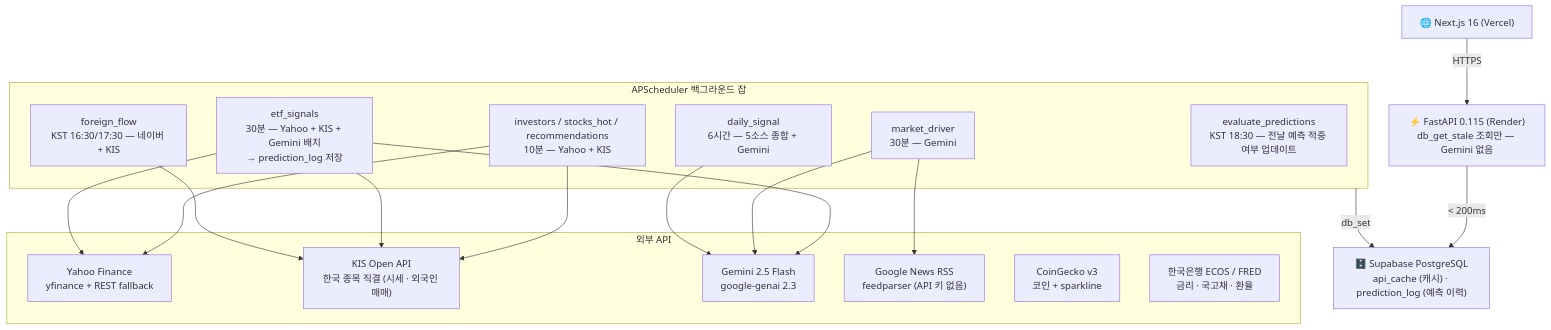
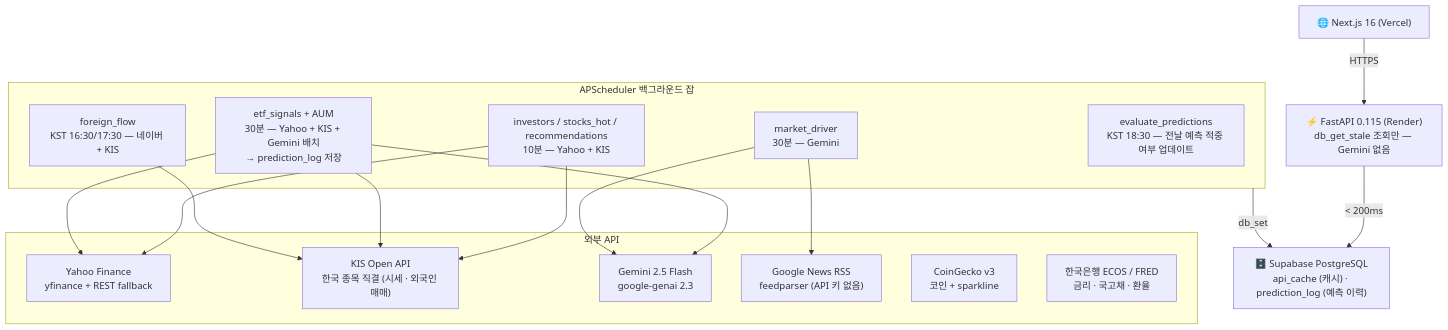
Before and after one commit to forexms78/war-investment-agent: the fourth of 6 diagrams in README.md, drawn with Mermaid. The commit also changed other lines of this file and 2 other files, not shown here.

First line of the commit message:
fix: Yahoo v10/v7 API 401 → yfinance 전환 + README v3.5 업데이트

````diff
--- a/README.md
+++ b/README.md
@@ -216,33 +182,31 @@
 ```mermaid
 flowchart TD
     FE["🌐 Next.js 16 (Vercel)"]
     BE["⚡ FastAPI 0.115 (Render)\ndb_get_stale 조회만 — Gemini 없음"]
     DB["🗄️ Supabase PostgreSQL\napi_cache (캐시) · prediction_log (예측 이력)"]
 
     subgraph Scheduler["APScheduler 백그라운드 잡"]
         S1["investors / stocks_hot / recommendations\n10분 — Yahoo + KIS"]
-        S2["etf_signals\n30분 — Yahoo + KIS + Gemini 배치\n→ prediction_log 저장"]
+        S2["etf_signals + AUM\n30분 — Yahoo + KIS + Gemini 배치\n→ prediction_log 저장"]
         S3["market_driver\n30분 — Gemini"]
-        S4["daily_signal\n6시간 — 5소스 종합 + Gemini"]
         S5["foreign_flow\nKST 16:30/17:30 — 네이버 + KIS"]
         S6["evaluate_predictions\nKST 18:30 — 전날 예측 적중 여부 업데이트"]
     end
 
     subgraph External["외부 API"]
         YF["Yahoo Finance\nyfinance + REST fallback"]
         KIS["KIS Open API\n한국 종목 직결 (시세 · 외국인 매매)"]
         GEM["Gemini 2.5 Flash\ngoogle-genai 2.3"]
         RSS["Google News RSS\nfeedparser (API 키 없음)"]
         CG["CoinGecko v3\n코인 + sparkline"]
         BOK["한국은행 ECOS / FRED\n금리 · 국고채 · 환율"]
     end
 
     FE -->|HTTPS| BE
     BE -->|< 200ms| DB
     Scheduler -->|db_set| DB
     S1 --> YF & KIS
     S2 --> YF & KIS & GEM
     S3 --> RSS & GEM
-    S4 --> GEM
     S5 --> KIS
 ```
````
